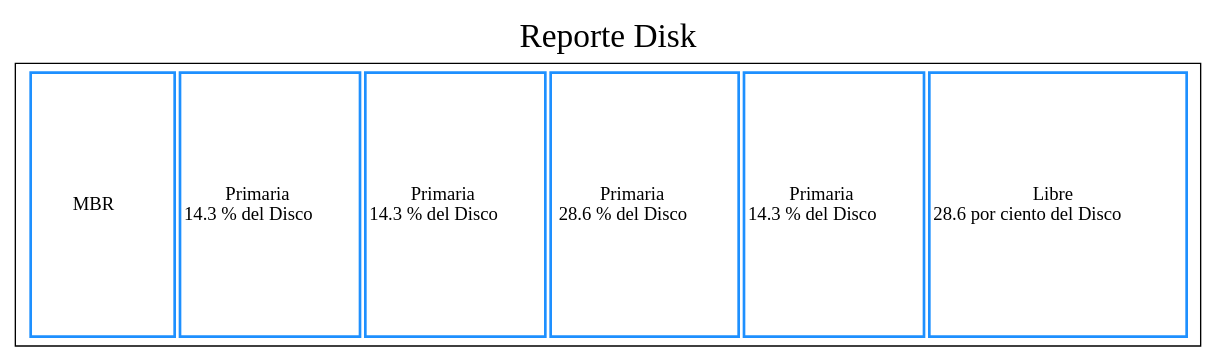
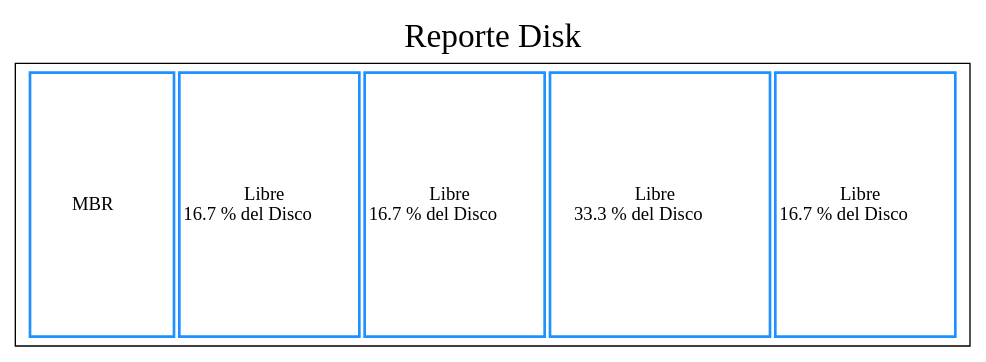
The diagram in Backend/reporte.dot (KINGR0X/MIA_2S_P1_202044192), drawn with Graphviz before and after one commit. The commit also changed 1 other file, not shown here.

```diff
--- a/Backend/reporte.dot
+++ b/Backend/reporte.dot
@@ -1,20 +1,19 @@
 digraph G{
 
 label= "Reporte Disk"
 labelloc="t"
 fontsize=25  tbl [
     shape=box
     label=<
      <table border='0' cellborder='2' width='600' height='150' color='dodgerblue1'>
      <tr>
      <td height='150' width='110'> MBR </td>
-     <td height='200' width='71.4'>Primaria <br/> 14.3 % del Disco </td>
-     <td height='200' width='71.4'>Primaria <br/> 14.3 % del Disco </td>
-     <td height='200' width='143'>Primaria <br/> 28.6 % del Disco </td>
-     <td height='200' width='71.4'>Primaria <br/> 14.3 % del Disco </td>
-     <td height='200' width='143'>Libre<br/> 28.6 por ciento del Disco </td>
+     <td height='200' width='83.3'>Libre<br/> 16.7 % del Disco </td>
+     <td height='200' width='83.3'>Libre<br/> 16.7 % del Disco </td>
+     <td height='200' width='167'>Libre<br/> 33.3 % del Disco </td>
+     <td height='200' width='83.3'>Libre<br/> 16.7 % del Disco </td>
      </tr> 
      </table>        
 >];
 
 }
```
